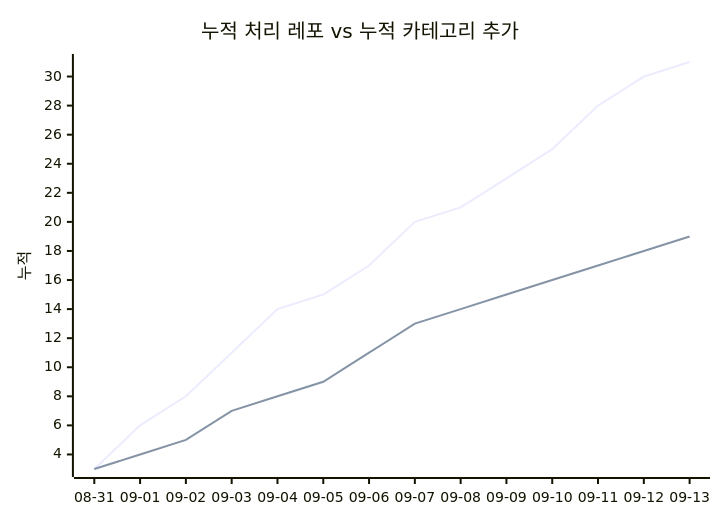
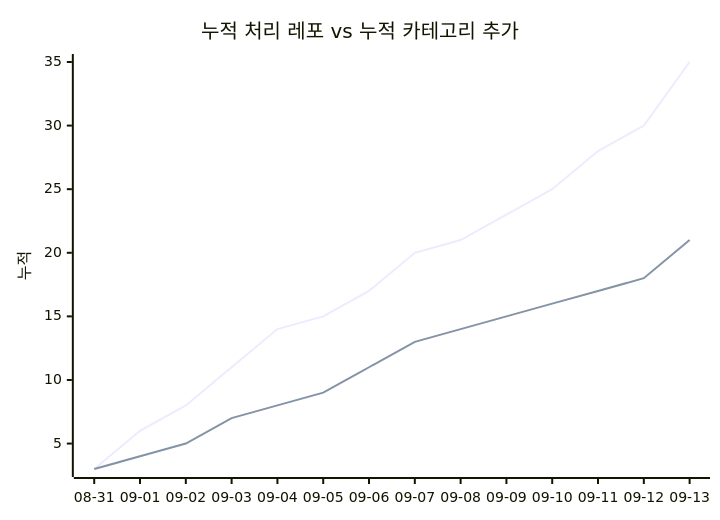
Before and after one commit to J-nowcow/awesome-korean-agent-skills: the second of 2 diagrams in docs/trends.md, drawn with Mermaid. The commit also changed other lines of this file and 5 other files, not shown here.

````diff
--- a/docs/trends.md
+++ b/docs/trends.md
@@ -68,8 +68,8 @@
 ```mermaid
 xychart-beta
     title "누적 처리 레포 vs 누적 카테고리 추가"
     x-axis ["08-31","09-01","09-02","09-03","09-04","09-05","09-06","09-07","09-08","09-09","09-10","09-11","09-12","09-13"]
     y-axis "누적"
-    line [3,6,8,11,14,15,17,20,21,23,25,28,30,31]
-    line [3,4,5,7,8,9,11,13,14,15,16,17,18,19]
+    line [3,6,8,11,14,15,17,20,21,23,25,28,30,35]
+    line [3,4,5,7,8,9,11,13,14,15,16,17,18,21]
 ```
````
